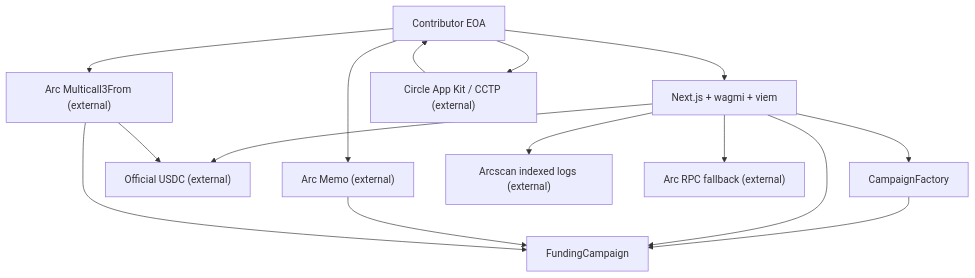
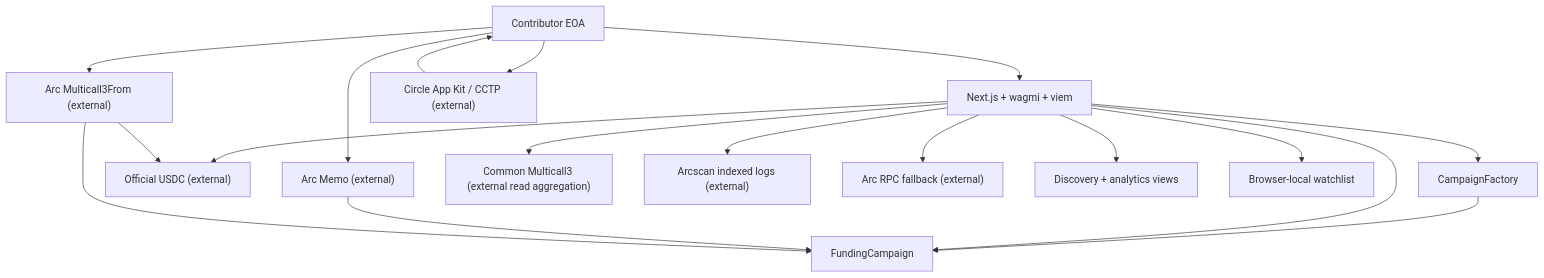
Before and after one commit to Bela1401/fundspring: the diagram in docs/architecture.md, drawn with Mermaid. The commit also changed other lines of this file and 38 other files, not shown here.

Commit message:
feat: add scalable discovery analytics and watchlists

````diff
--- a/docs/architecture.md
+++ b/docs/architecture.md
@@ -10,28 +10,32 @@
 ```mermaid
 flowchart TB
   Wallet["Contributor EOA"]
   Frontend["Next.js + wagmi + viem"]
   Factory["CampaignFactory"]
   Campaign["FundingCampaign"]
   USDC["Official USDC (external)"]
   Memo["Arc Memo (external)"]
   Batch["Arc Multicall3From (external)"]
+  ReadBatch["Common Multicall3 (external read aggregation)"]
   AppKit["Circle App Kit / CCTP (external)"]
   INDEXER["Arcscan indexed logs (external)"]
   RPC["Arc RPC fallback (external)"]
 
   Wallet --> Frontend
   Frontend --> Factory
   Factory --> Campaign
   Frontend --> Campaign
   Frontend --> USDC
   Wallet --> Memo
   Memo --> Campaign
   Wallet --> Batch
   Batch --> USDC
   Batch --> Campaign
+  Frontend --> ReadBatch
   Frontend --> INDEXER
   Frontend --> RPC
+  Frontend --> ANALYTICS["Discovery + analytics views"]
+  Frontend --> LOCAL["Browser-local watchlist"]
   Wallet --> AppKit
   AppKit --> Wallet
 ```
````
